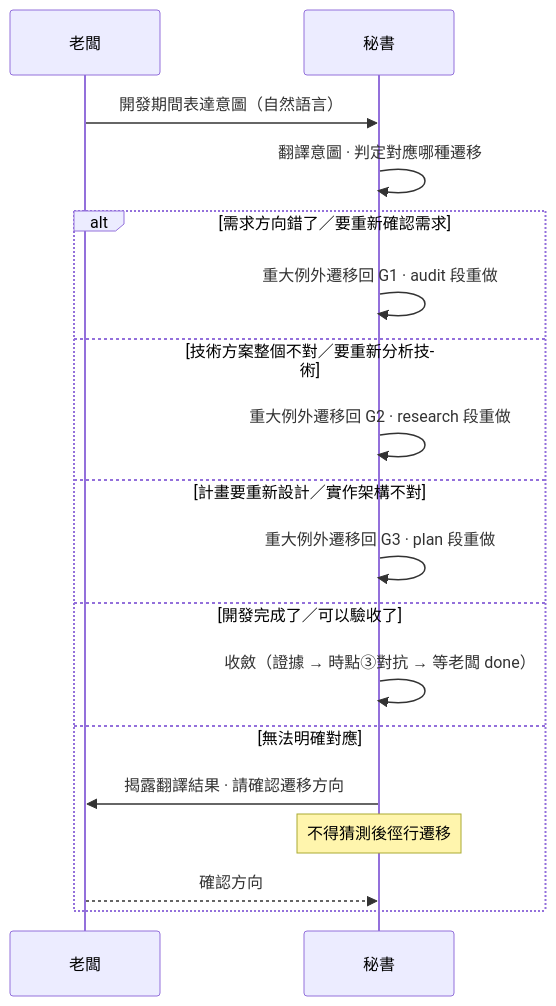
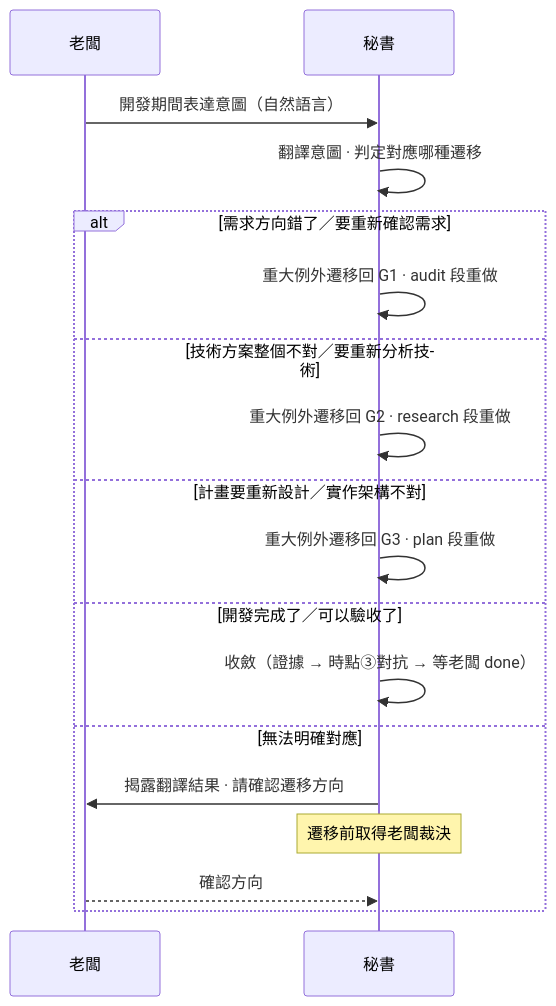
One commit to teps3105/shiftblame changed the third of 8 diagrams in skills/shiftblame/SKILL.md. Above: the diagram before and after it, drawn with Mermaid. The commit also changed other lines of this file and 26 other files, not shown here.

````diff
--- a/skills/shiftblame/SKILL.md
+++ b/skills/shiftblame/SKILL.md
@@ -102,22 +102,22 @@
    ```mermaid
    sequenceDiagram
         participant B as 老闆
         participant SEC as 秘書
 
         B->>SEC: 開發期間表達意圖（自然語言）
         SEC->>SEC: 翻譯意圖 · 判定對應哪種遷移
 
         alt 需求方向錯了／要重新確認需求
             SEC->>SEC: 重大例外遷移回 G1 · audit 段重做
         else 技術方案整個不對／要重新分析技術
             SEC->>SEC: 重大例外遷移回 G2 · research 段重做
         else 計畫要重新設計／實作架構不對
             SEC->>SEC: 重大例外遷移回 G3 · plan 段重做
         else 開發完成了／可以驗收了
             SEC->>SEC: 收斂（證據 → 時點③對抗 → 等老闆 done）
         else 無法明確對應
             SEC->>B: 揭露翻譯結果 · 請確認遷移方向
-            Note over SEC: 不得猜測後徑行遷移
+            Note over SEC: 遷移前取得老闆裁決
             B-->>SEC: 確認方向
         end
    ```
````
